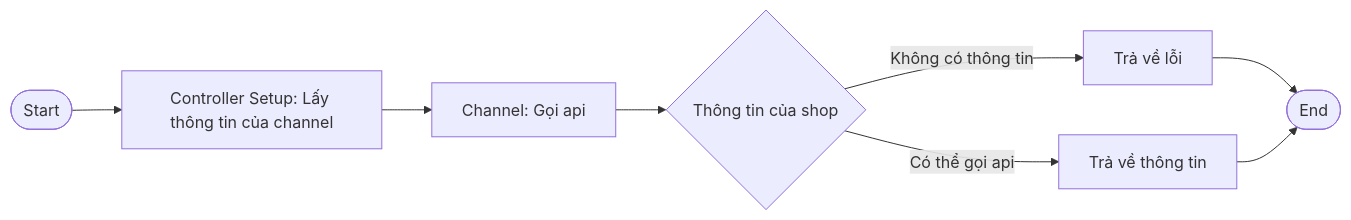
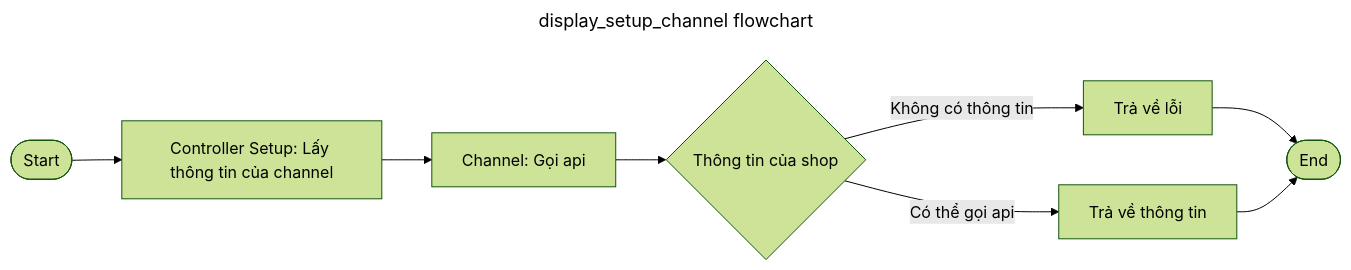
One commit to WuzenLiz/markdown changed the first of 9 diagrams in pseudoAllFunction.md. Above: the diagram before and after it, drawn with Mermaid. The commit also changed other lines of this file, not shown here.

Commit message:
update graph pull

````diff
--- a/pseudoAllFunction.md
+++ b/pseudoAllFunction.md
@@ -23,6 +16,12 @@
-    ```mermaid
-    flowchart LR
-        Start([Start]) -->A[Controller Setup: Lấy thông tin của channel ] --> B[Channel: Gọi api] --> C{Thông tin của shop} 
-        C --> |Không có thông tin| E[Trả về lỗi] --> End([End])
-        C --> |Có thể gọi api| F[Trả về thông tin] --> End
-    ```
+```mermaid
+---
+title: display_setup_channel flowchart
+config:
+    theme: forest
+    curve: basis
+---
+flowchart LR
+    Start([Start]) -->A[Controller Setup: Lấy thông tin của channel ] --> B[Channel: Gọi api] --> C{Thông tin của shop} 
+    C --> |Không có thông tin| E[Trả về lỗi] --> End([End])
+    C --> |Có thể gọi api| F[Trả về thông tin] --> End
+```
````
